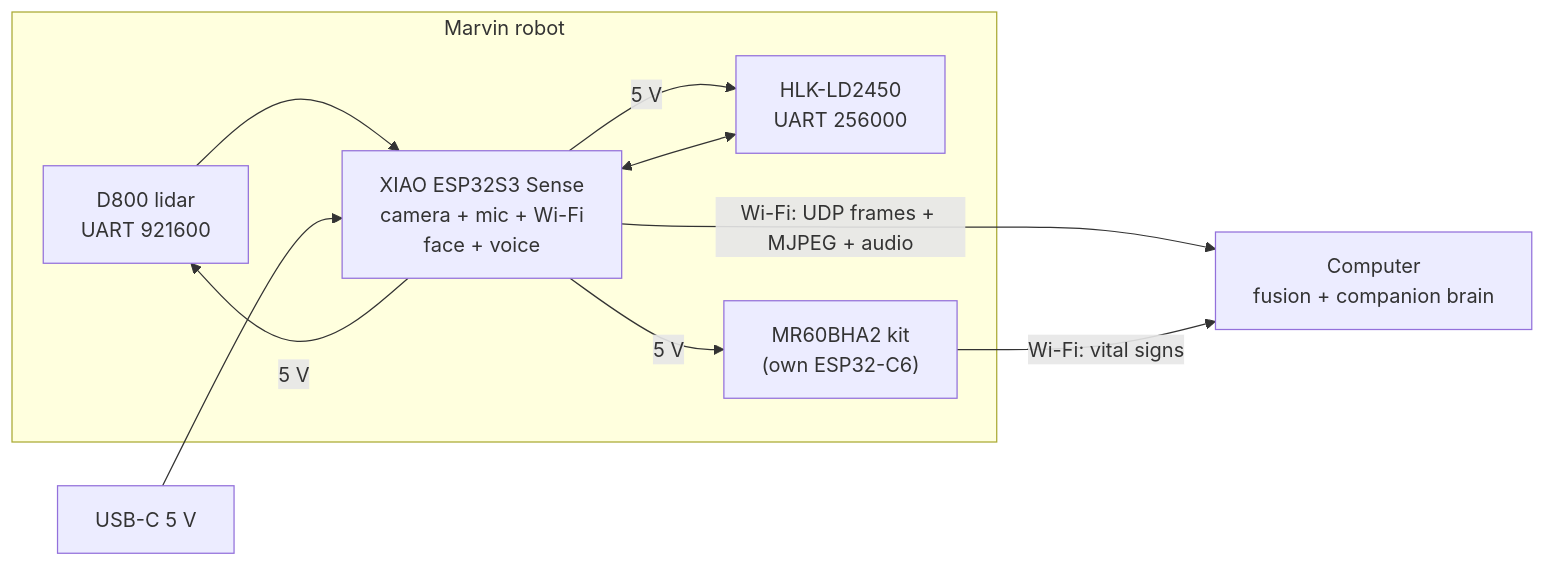
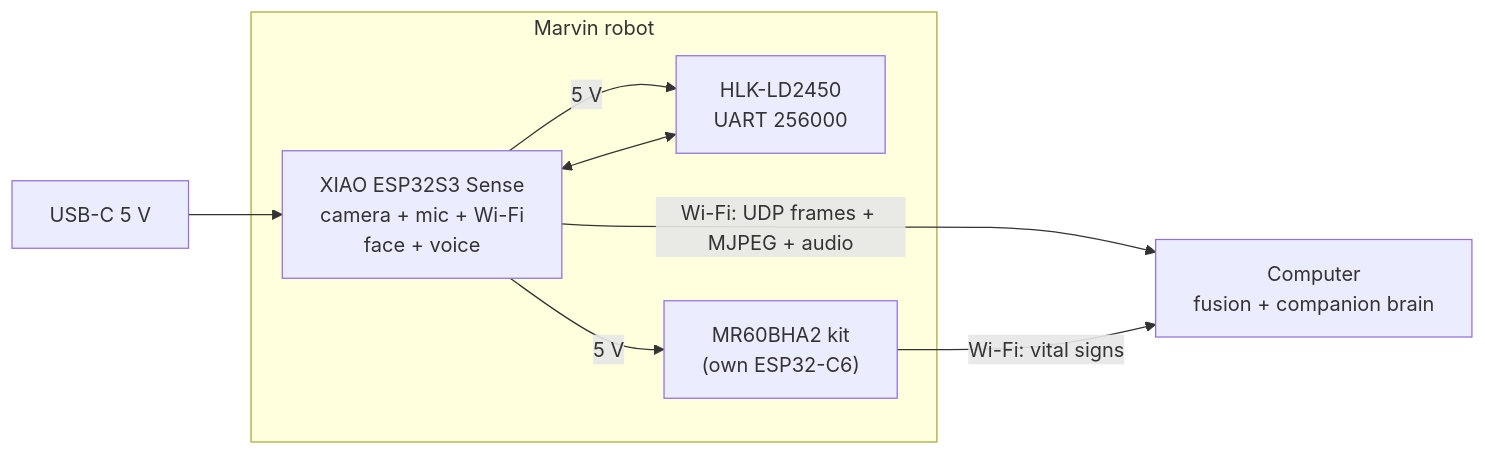
Before and after one commit to SebastienTr/Marvin: the diagram in README.md, drawn with Mermaid. The commit also changed other lines of this file and 13 other files, not shown here.

````diff
--- a/README.md
+++ b/README.md
@@ -63,12 +61,12 @@
 ```mermaid
 flowchart LR
   subgraph Robot["Marvin robot"]
-    LID["D800 lidar<br/>UART 921600"] --> ESP["XIAO ESP32S3 Sense<br/>camera + mic + Wi-Fi<br/>face + voice"]
+    ESP["XIAO ESP32S3 Sense<br/>camera + mic + Wi-Fi<br/>face + voice"]
     LD2450["HLK-LD2450<br/>UART 256000"] <--> ESP
     MR60["MR60BHA2 kit<br/>(own ESP32-C6)"]
   end
   PWR["USB-C 5 V"] --> ESP
-  ESP -->|5 V| LID & LD2450 & MR60
+  ESP -->|5 V| LD2450 & MR60
   ESP -->|"Wi-Fi: UDP frames + MJPEG + audio"| PC["Computer<br/>fusion + companion brain"]
   MR60 -->|"Wi-Fi: vital signs"| PC
 ```
````
